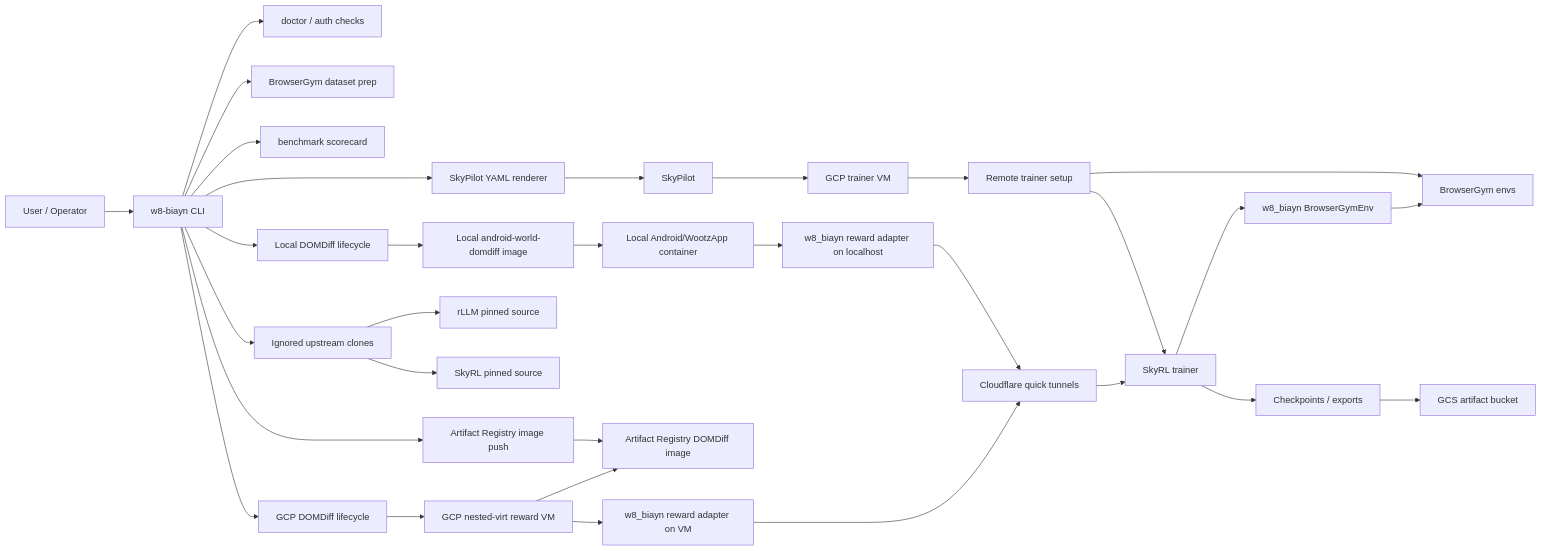
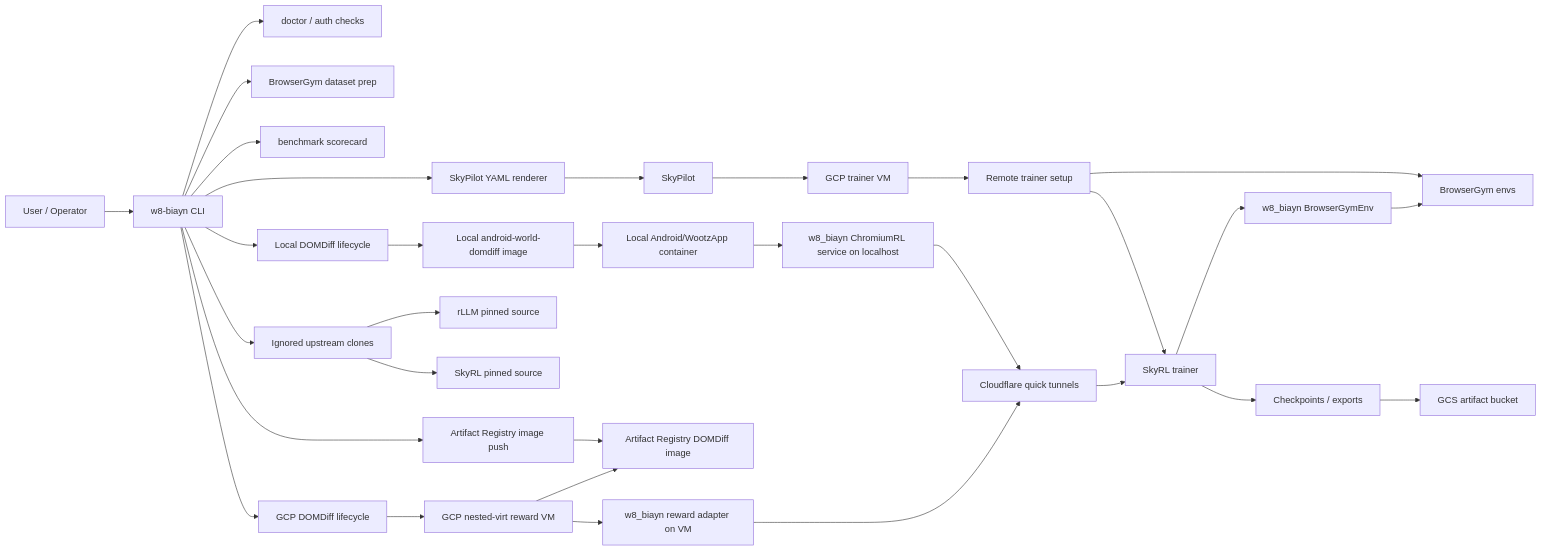
The first of 2 diagrams in README.md (sandys/browser-is-all-you-need), drawn with Mermaid before and after one commit. The commit also changed other lines of this file and 6 other files, not shown here.

Commit message:
Use local reward tunnel by default

````diff
--- a/README.md
+++ b/README.md
@@ -214,35 +212,35 @@
 ```mermaid
 flowchart LR
   user[User / Operator] --> cli[w8-biayn CLI]
   cli --> doctor[doctor / auth checks]
   cli --> render[SkyPilot YAML renderer]
   cli --> data[BrowserGym dataset prep]
   cli --> bench[benchmark scorecard]
   cli --> domdiff_local[Local DOMDiff lifecycle]
   cli --> domdiff_gcp[GCP DOMDiff lifecycle]
   cli --> gar[Artifact Registry image push]
   cli --> upstreams[Ignored upstream clones]
 
   upstreams --> rllm[rLLM pinned source]
   upstreams --> skyrl[SkyRL pinned source]
 
   render --> sky[SkyPilot]
   sky --> gcp[GCP trainer VM]
   gcp --> setup[Remote trainer setup]
   setup --> skyrl_remote[SkyRL trainer]
   setup --> browsergym[BrowserGym envs]
   skyrl_remote --> adapter[w8_biayn BrowserGymEnv]
   adapter --> browsergym
   domdiff_local --> local_image[Local android-world-domdiff image]
   local_image --> local_container[Local Android/WootzApp container]
-  local_container --> local_reward[w8_biayn reward adapter on localhost]
+  local_container --> local_reward[w8_biayn ChromiumRL service on localhost]
   local_reward --> tunnels[Cloudflare quick tunnels]
   domdiff_gcp --> reward_vm[GCP nested-virt reward VM]
   gar --> artifact_image[Artifact Registry DOMDiff image]
   reward_vm --> artifact_image
   reward_vm --> gcp_reward[w8_biayn reward adapter on VM]
   gcp_reward --> tunnels
   tunnels --> skyrl_remote
   skyrl_remote --> checkpoints[Checkpoints / exports]
   checkpoints --> gcs[GCS artifact bucket]
 ```
````
